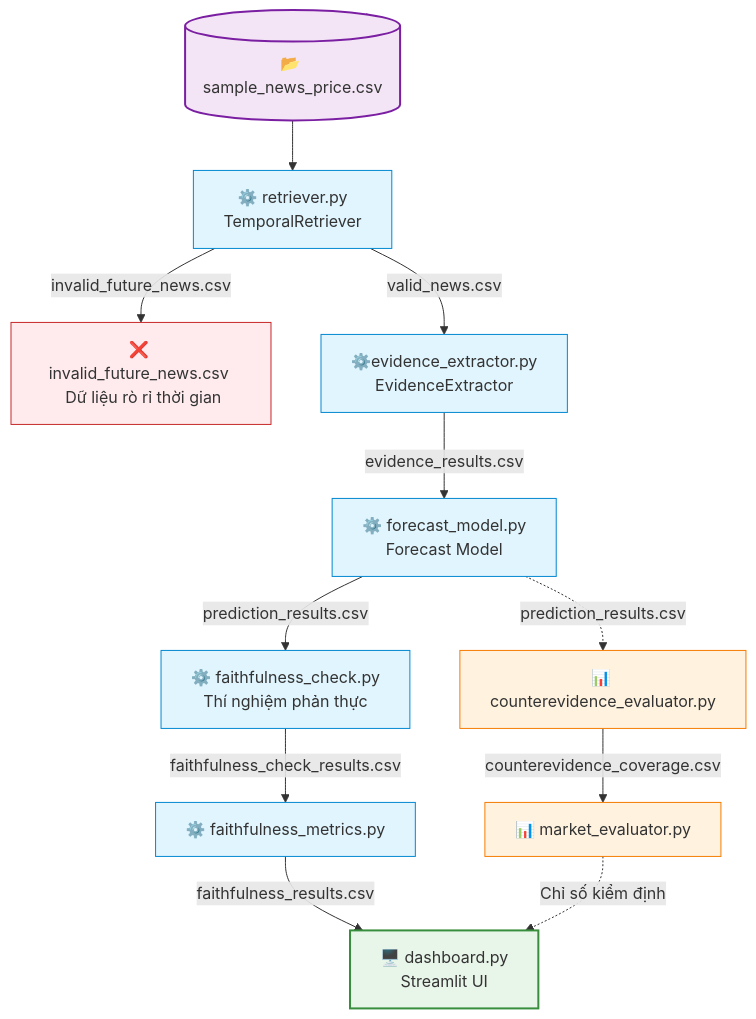
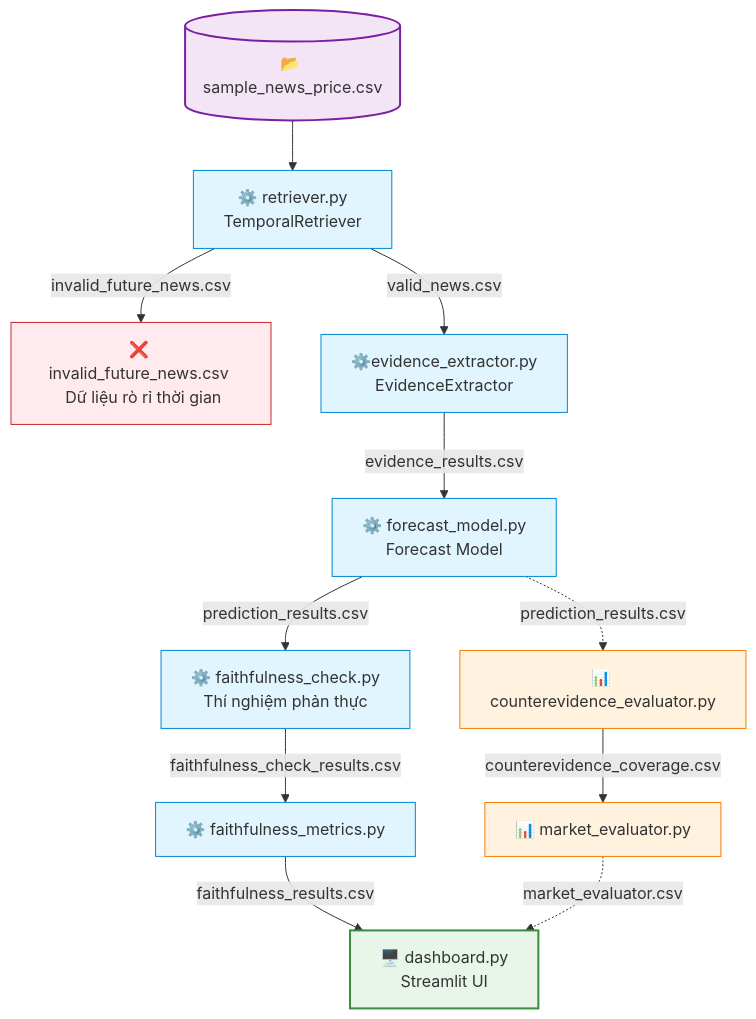
One commit to danghuy0104/faithful-evidence-forecasting changed the diagram in README.md. Above: the diagram before and after it, drawn with Mermaid.

````diff
--- a/README.md
+++ b/README.md
@@ -35,32 +35,32 @@
 ```mermaid
 flowchart TD
     %% Luồng xử lý dữ liệu và trích xuất tin tức
     DATA[("📂 sample_news_price.csv")]:::data --> RET["⚙️ retriever.py <br> TemporalRetriever"]:::core
     
     RET -->|"invalid_future_news.csv"| LEAK["❌ invalid_future_news.csv <br> Dữ liệu rò rỉ thời gian"]:::error
     RET -->|"valid_news.csv"| EXT["⚙️evidence_extractor.py <br> EvidenceExtractor"]:::core
     
     %% Trục Pipeline cốt lõi
     EXT -->|"evidence_results.csv"| MODEL["⚙️ forecast_model.py <br> Forecast Model"]:::core
     
     %% Phân nhánh đánh giá
     MODEL -->|"prediction_results.csv"| CHECK["⚙️ faithfulness_check.py <br> Thí nghiệm phản thực"]:::core
     MODEL -.->|"prediction_results.csv"| CE_EVAL["📊 counterevidence_evaluator.py"]:::side
     
     %% Tiến trình nhánh phụ (Đánh giá thị trường)
     CE_EVAL -->|"counterevidence_coverage.csv"| MKT_EVAL["📊 market_evaluator.py"]:::side
     
     %% Tiến trình nhánh chính (Đánh giá độ trung thực)
     CHECK -->|"faithfulness_check_results.csv"| METRICS["⚙️ faithfulness_metrics.py"]:::core
     METRICS -->|"faithfulness_results.csv"| DASH["🖥️ dashboard.py <br> Streamlit UI"]:::ui
     
     %% Tổng hợp kết quả về Dashboard
-    MKT_EVAL -.->|"Chỉ số kiểm định"| DASH
+    MKT_EVAL -.->|"market_evaluator.csv"| DASH
 
     %% Định nghĩa bảng màu trực quan (Styles)
     classDef core fill:#e1f5fe,stroke:#0288d1,stroke-width:1px;
     classDef side fill:#fff3e0,stroke:#f57c00,stroke-width:1px;
     classDef data fill:#f3e5f5,stroke:#7b1fa2,stroke-width:2px;
     classDef ui fill:#e8f5e9,stroke:#388e3c,stroke-width:2px;
     classDef error fill:#ffebee,stroke:#c62828,stroke-width:1px;
 ```
````
